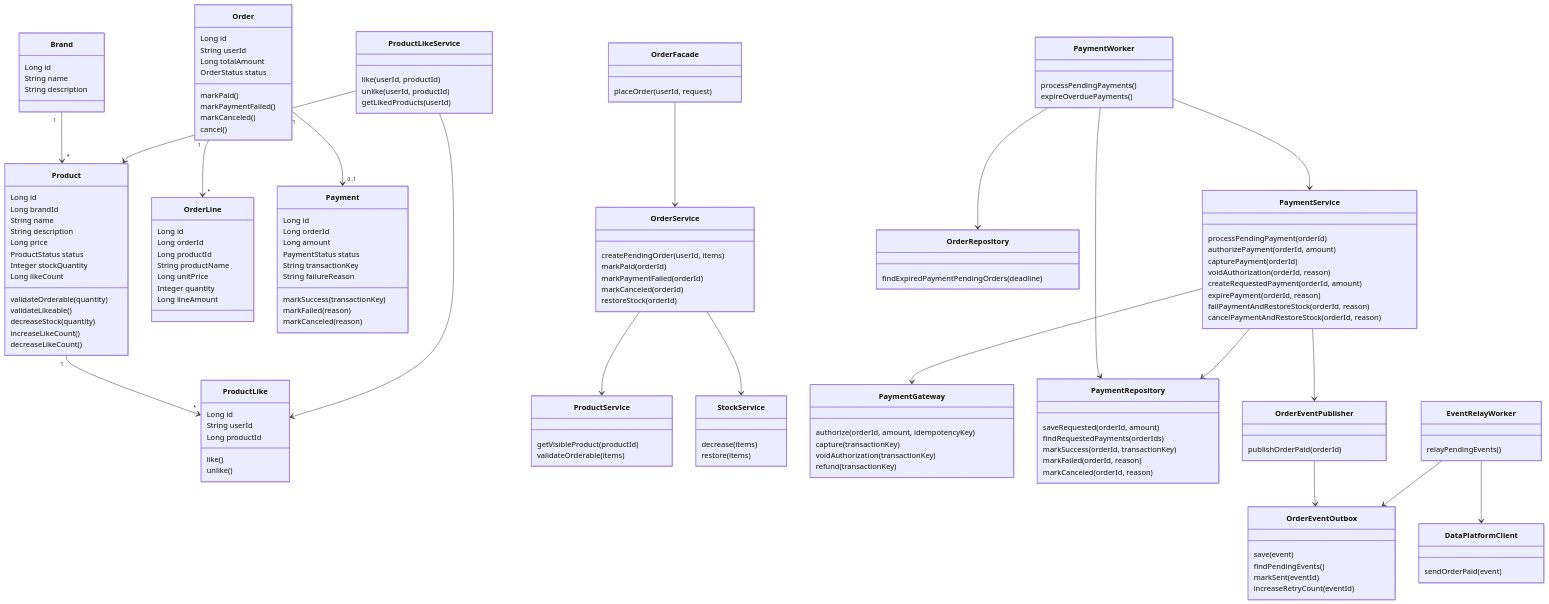
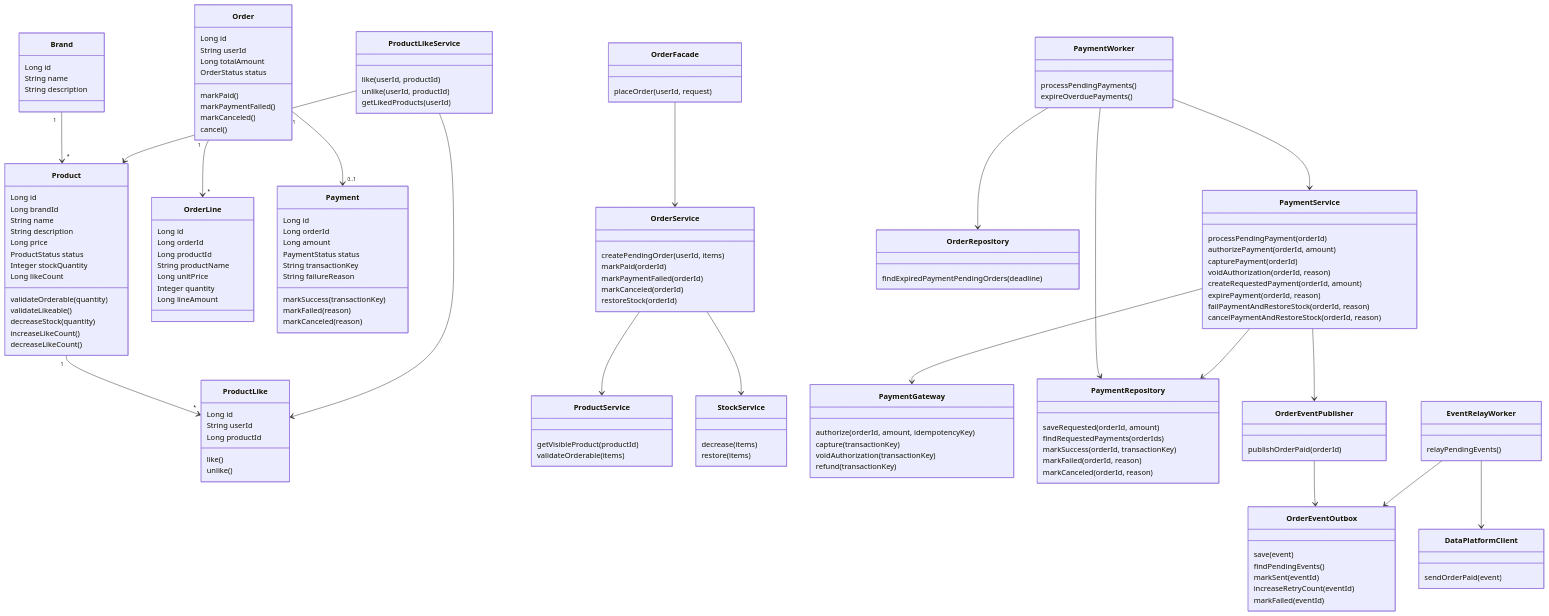
The diagram in .docs/design/03-class-diagram.md (loopers-labs/loop-pack-be-l2-vol4-java), drawn with Mermaid before and after one commit. The commit also changed other lines of this file and 3 other files, not shown here.

```diff
--- a/.docs/design/03-class-diagram.md
+++ b/.docs/design/03-class-diagram.md
@@ -149,6 +162,7 @@
         findPendingEvents()
         markSent(eventId)
         increaseRetryCount(eventId)
+        markFailed(eventId)
     }
 
     class EventRelayWorker {
```
